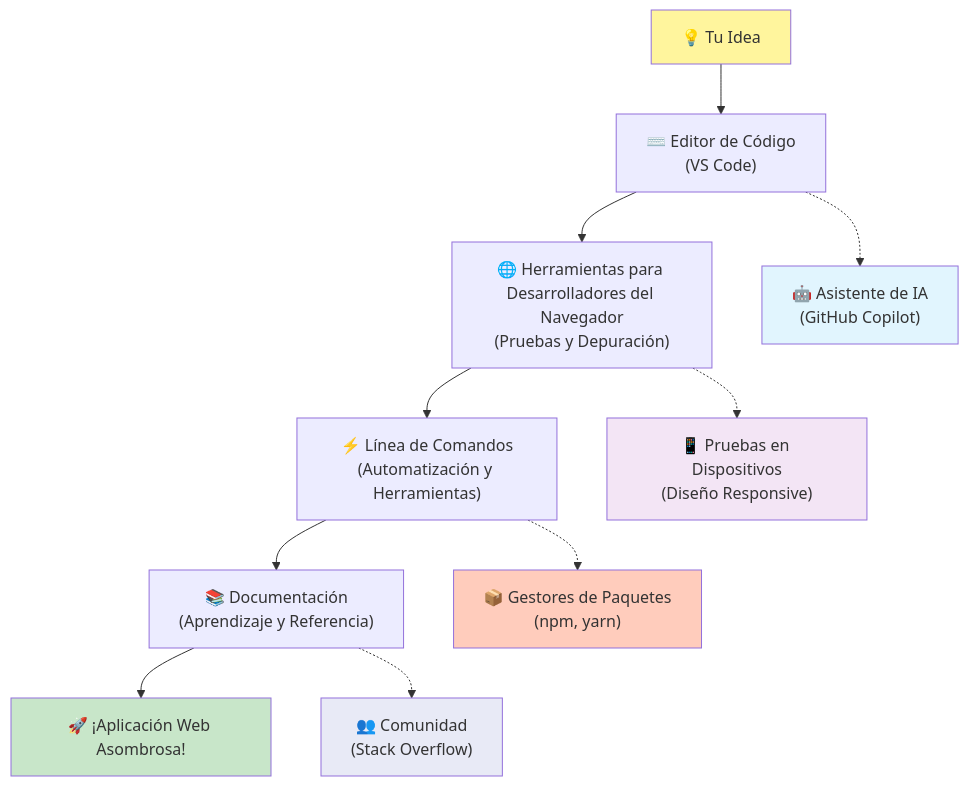
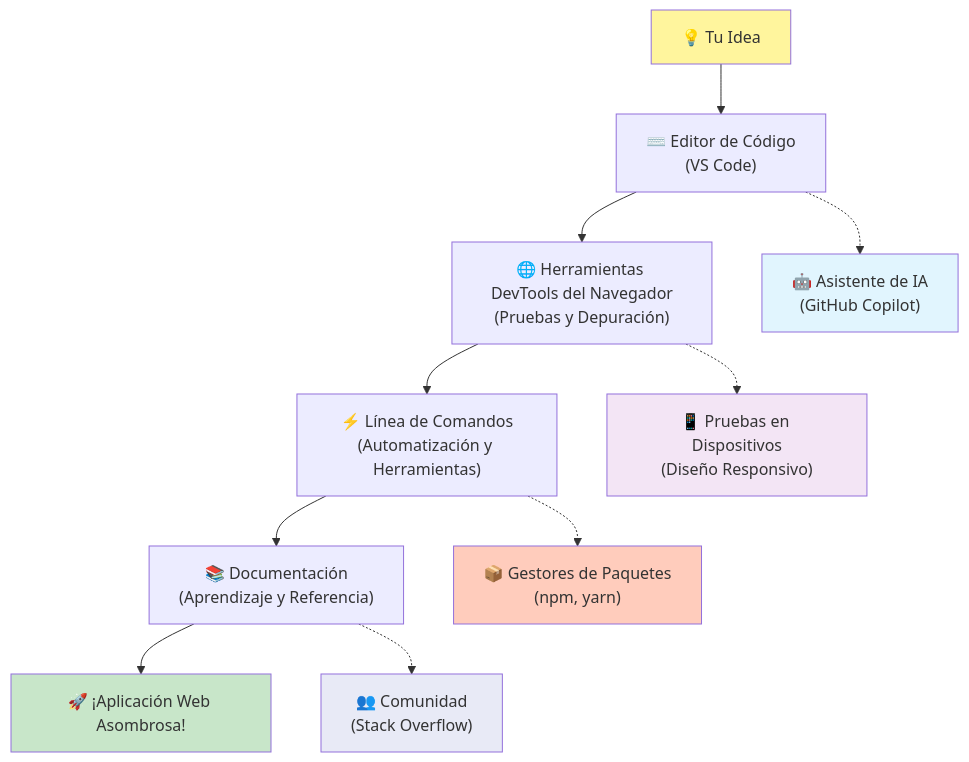
One commit to microsoft/Web-Dev-For-Beginners changed the fifth of 7 diagrams in translations/es/1-getting-started-lessons/1-intro-to-programming-languages/README.md. Above: the diagram before and after it, drawn with Mermaid. The commit also changed other lines of this file and 8 other files, not shown here.

````diff
--- a/translations/es/1-getting-started-lessons/1-intro-to-programming-languages/README.md
+++ b/translations/es/1-getting-started-lessons/1-intro-to-programming-languages/README.md
@@ -488,20 +488,20 @@
 ```mermaid
 graph TD
     A["💡 Tu Idea"] --> B["⌨️ Editor de Código<br/>(VS Code)"] 
-    B --> C["🌐 Herramientas para Desarrolladores del Navegador<br/>(Pruebas y Depuración)"]
+    B --> C["🌐 Herramientas DevTools del Navegador<br/>(Pruebas y Depuración)"]
     C --> D["⚡ Línea de Comandos<br/>(Automatización y Herramientas)"]
     D --> E["📚 Documentación<br/>(Aprendizaje y Referencia)"]
     E --> F["🚀 ¡Aplicación Web Asombrosa!"]
     
     B -.-> G["🤖 Asistente de IA<br/>(GitHub Copilot)"]
-    C -.-> H["📱 Pruebas en Dispositivos<br/>(Diseño Responsive)"]
+    C -.-> H["📱 Pruebas en Dispositivos<br/>(Diseño Responsivo)"]
     D -.-> I["📦 Gestores de Paquetes<br/>(npm, yarn)"]
     E -.-> J["👥 Comunidad<br/>(Stack Overflow)"]
     
     style A fill:#fff59d
     style F fill:#c8e6c9
     style G fill:#e1f5fe
     style H fill:#f3e5f5
     style I fill:#ffccbc
     style J fill:#e8eaf6
 ```
````
